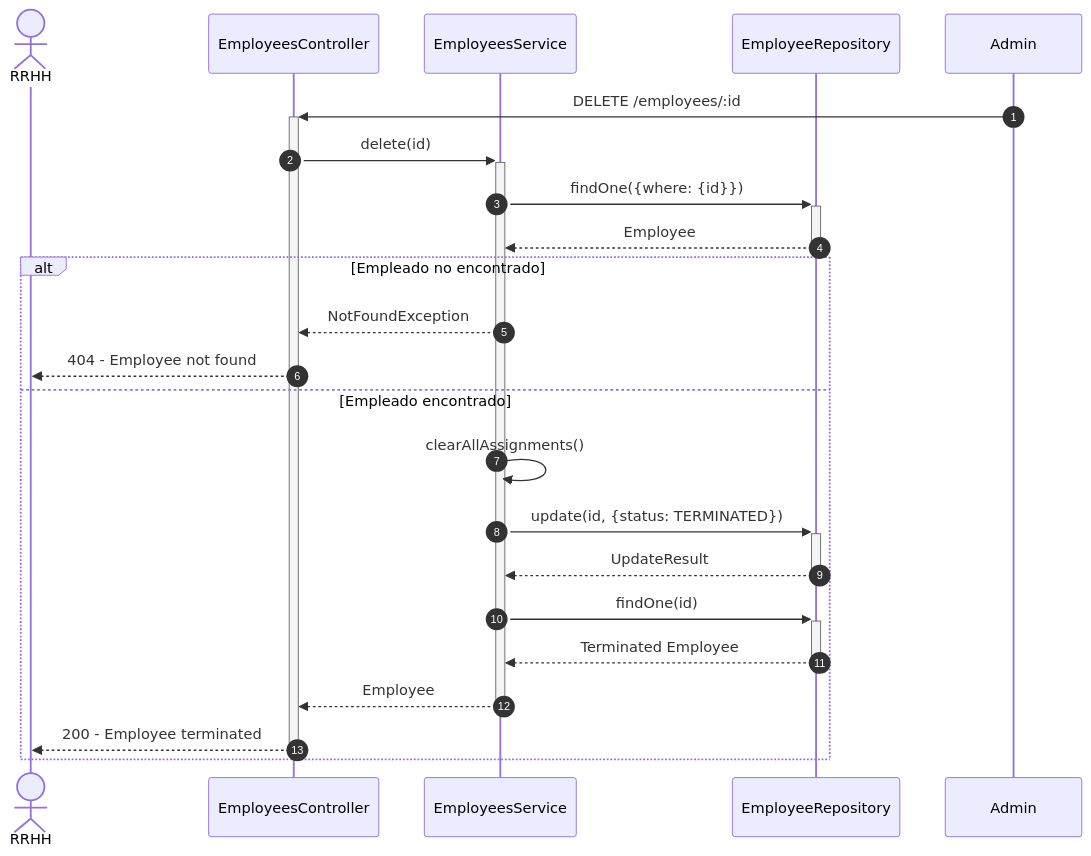
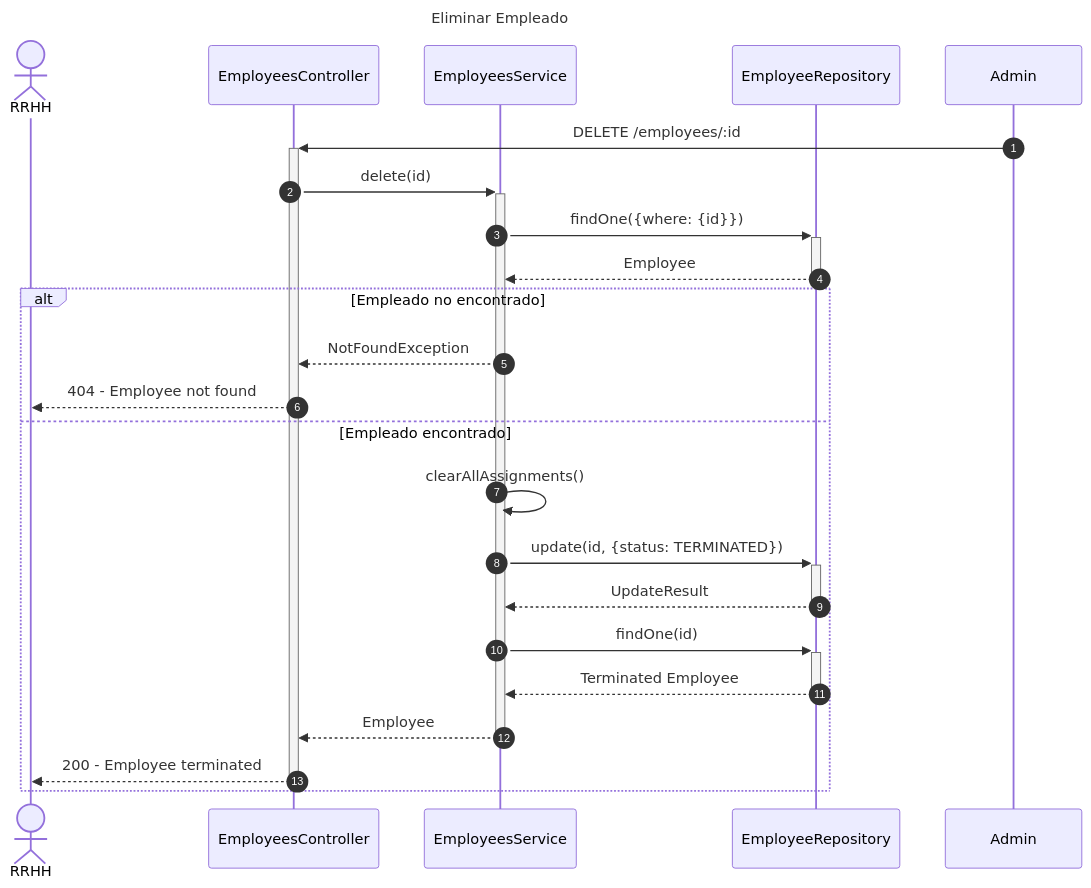
The seventh of 7 diagrams in diagrams/sequence/employees-sequence-diagram.md (Nick220505/hotelier-backend), drawn with Mermaid before and after one commit. The commit also changed other lines of this file and 5 other files, not shown here.

Commit message:
Add titles to sequence diagrams for Billing, Employees, Inventory, Reservations, Restaurant, and Users modules

````diff
--- a/diagrams/sequence/employees-sequence-diagram.md
+++ b/diagrams/sequence/employees-sequence-diagram.md
@@ -171,30 +189,33 @@
 ```mermaid
+---
+title: Eliminar Empleado
+---
 sequenceDiagram
     autonumber
     actor RRHH
     participant Controller as EmployeesController
     participant Service as EmployeesService
     participant EmployeeRepo as EmployeeRepository
 
     Admin->>+Controller: DELETE /employees/:id
     Controller->>+Service: delete(id)
     
     Service->>+EmployeeRepo: findOne({where: {id}})
     EmployeeRepo-->>-Service: Employee
     
     alt Empleado no encontrado
         Service-->>Controller: NotFoundException
         Controller-->>RRHH: 404 - Employee not found
     else Empleado encontrado
         Service->>Service: clearAllAssignments()
         
         Service->>+EmployeeRepo: update(id, {status: TERMINATED})
         EmployeeRepo-->>-Service: UpdateResult
         
         Service->>+EmployeeRepo: findOne(id)
         EmployeeRepo-->>-Service: Terminated Employee
         
         Service-->>-Controller: Employee
         Controller-->>-RRHH: 200 - Employee terminated
     end
 ```
````
